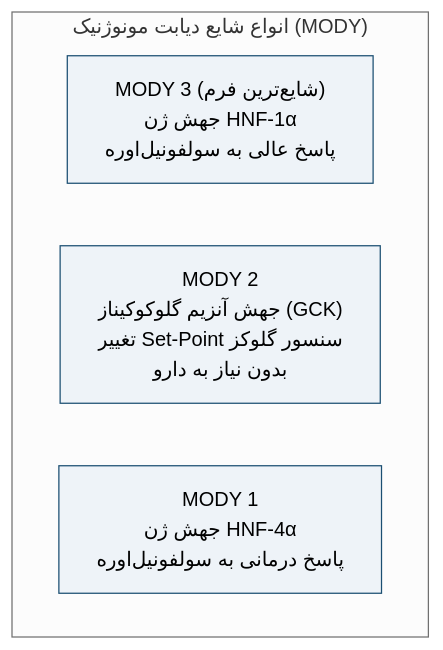
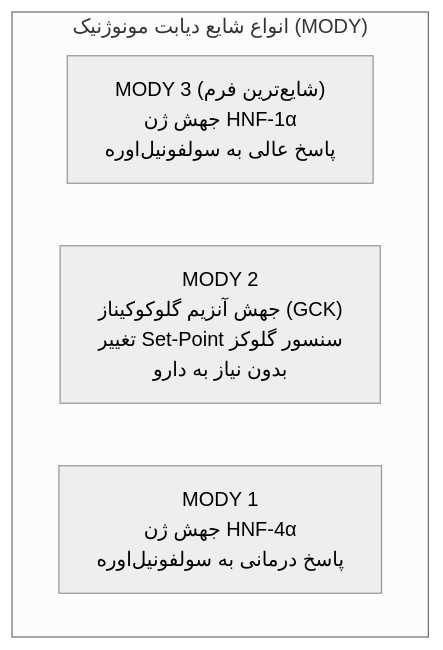
Before and after one commit to neopulse-hub/TUMS-1396-1-material-notes: the third of 15 diagrams in 7/مبانی غدد/دیابت.md, drawn with Mermaid (neutral theme). The commit also changed other lines of this file, not shown here.

````diff
--- a/7/مبانی غدد/دیابت.md
+++ b/7/مبانی غدد/دیابت.md
@@ -91,10 +89,8 @@
 ```mermaid
 flowchart TD
     subgraph MODY_Main["انواع شایع دیابت مونوژنیک (MODY)"]
         M3["MODY 3 (شایع‌ترین فرم)<br>جهش ژن HNF-1α<br>پاسخ عالی به سولفونیل‌اوره"]
         M2["MODY 2<br>جهش آنزیم گلوکوکیناز (GCK)<br>تغییر Set-Point سنسور گلوکز<br>بدون نیاز به دارو"]
         M1["MODY 1<br>جهش ژن HNF-4α<br>پاسخ درمانی به سولفونیل‌اوره"]
     end
-    classDef mody fill:#eef3f8,stroke:#1b4f72,stroke-width:1px;
-    class M3,M2,M1 mody;
 ```
````
